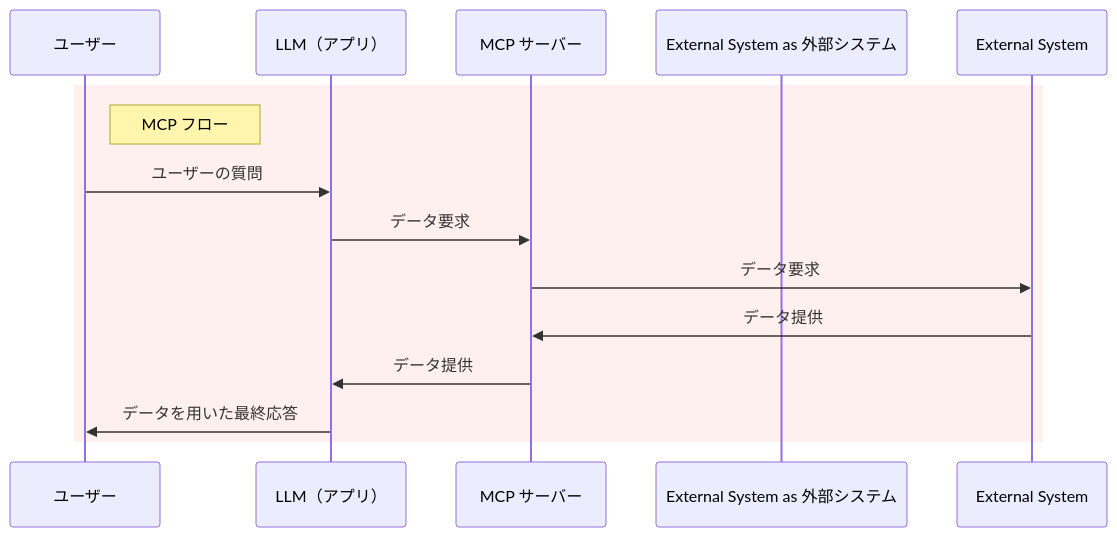
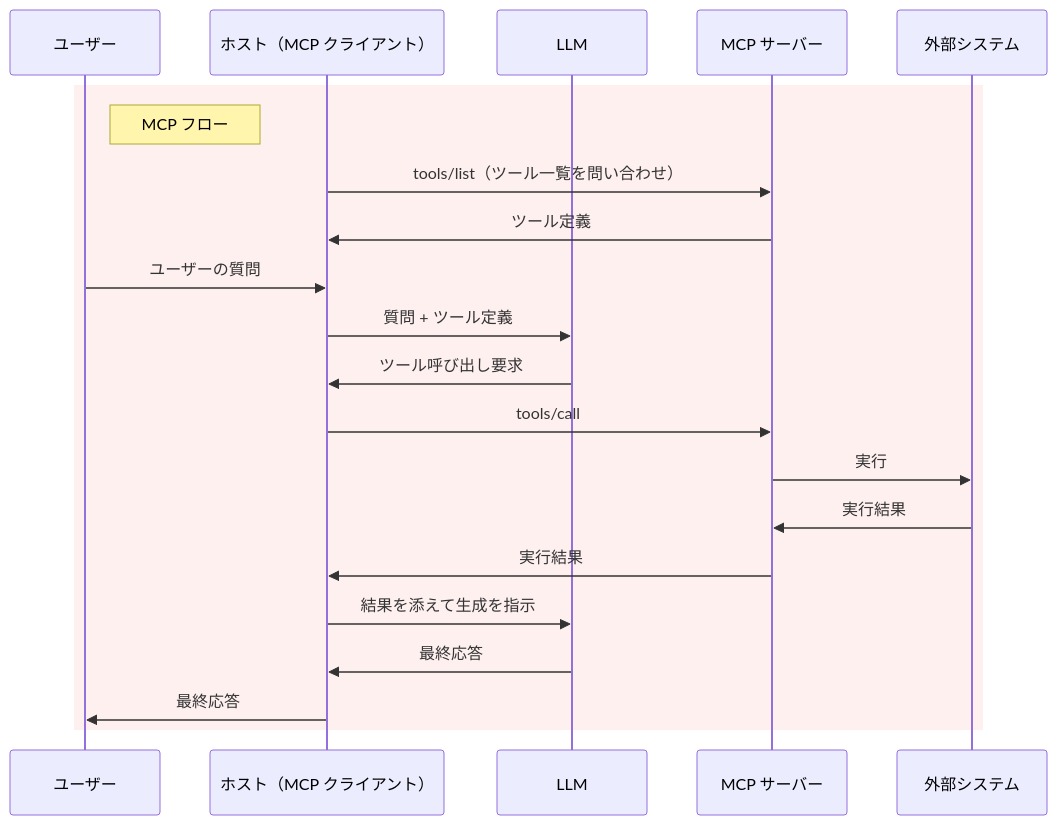
Before and after one commit to 7shi/qiita: the second of 2 diagrams in articles/ai/function-calling-vs-mcp.md, drawn with Mermaid. The commit also changed other lines of this file, not shown here.

First line of the commit message:
function-calling-vs-mcp MCP をプラグインとして扱う視点で大幅改訂

````diff
--- a/articles/ai/function-calling-vs-mcp.md
+++ b/articles/ai/function-calling-vs-mcp.md
@@ -58,17 +67,24 @@
 ```mermaid
 sequenceDiagram
     participant User as ユーザー
-    participant LLM as LLM（アプリ）
-    participant Middleware as MCP サーバー
-    participant External System as 外部システム
+    participant Host as ホスト（MCP クライアント）
+    participant LLM
+    participant Server as MCP サーバー
+    participant External as 外部システム
 
     rect rgb(255, 240, 240)
     note right of User: MCP フロー
-    User->>LLM: ユーザーの質問
-    LLM->>Middleware: データ要求
-    Middleware->>External System: データ要求
-    External System->>Middleware: データ提供
-    Middleware->>LLM: データ提供
-    LLM->>User: データを用いた最終応答
+    Host->>Server: tools/list（ツール一覧を問い合わせ）
+    Server->>Host: ツール定義
+    User->>Host: ユーザーの質問
+    Host->>LLM: 質問 + ツール定義
+    LLM->>Host: ツール呼び出し要求
+    Host->>Server: tools/call
+    Server->>External: 実行
+    External->>Server: 実行結果
+    Server->>Host: 実行結果
+    Host->>LLM: 結果を添えて生成を指示
+    LLM->>Host: 最終応答
+    Host->>User: 最終応答
     end
 ```
````
